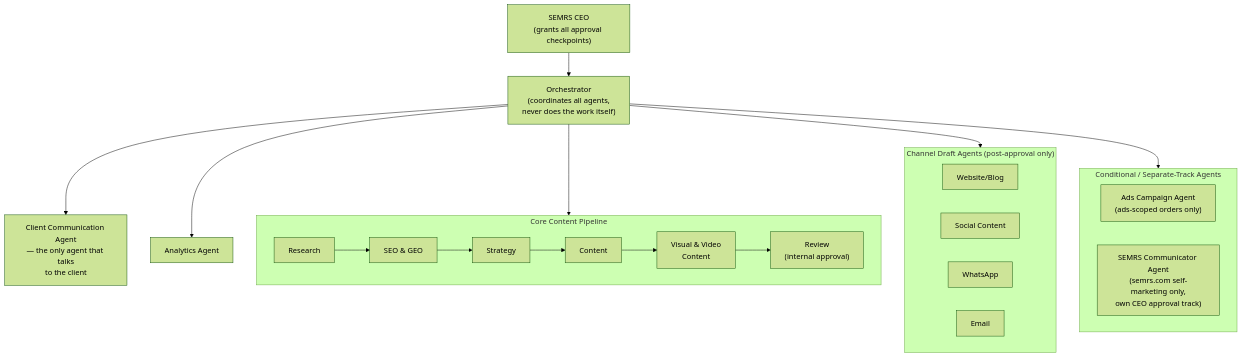
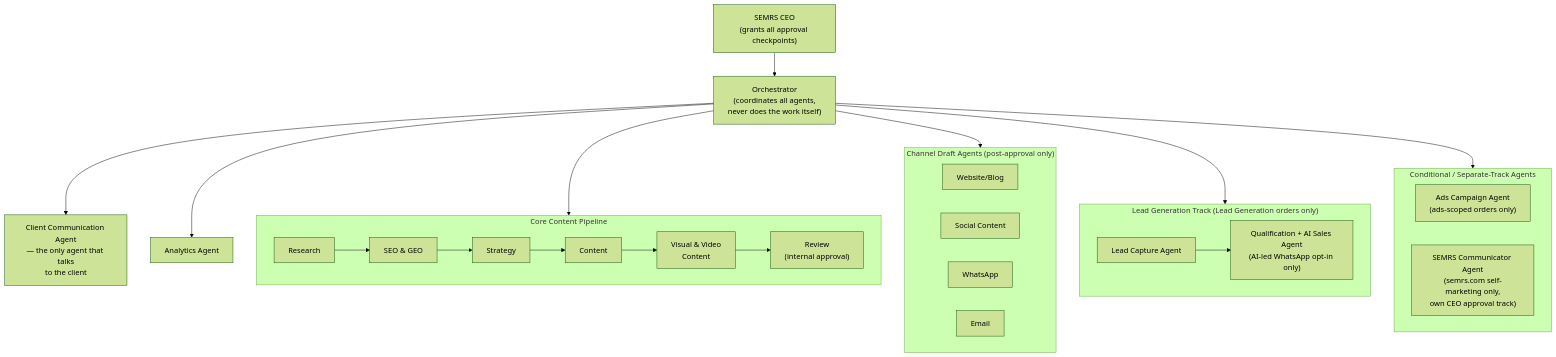
One commit to guestblogob-boop/SEMRS-MAM-System changed the first of 3 diagrams in CLAUDE.md. Above: the diagram before and after it, drawn with Mermaid (forest theme). The commit also changed other lines of this file and 3 other files, not shown here.

First line of the commit message:
Update org chart, README, and changelog for Lead Generation agents

````diff
--- a/CLAUDE.md
+++ b/CLAUDE.md
@@ -668,32 +668,38 @@
 ```mermaid
 flowchart TD
     CEO["SEMRS CEO<br/>(grants all approval checkpoints)"]
     ORCH["Orchestrator<br/>(coordinates all agents,<br/>never does the work itself)"]
     CEO --> ORCH
 
     ORCH --> CC["Client Communication Agent<br/>— the only agent that talks<br/>to the client"]
 
     subgraph PIPE["Core Content Pipeline"]
         direction LR
         RES["Research"] --> SEOG["SEO & GEO"] --> STRAT["Strategy"] --> CONT["Content"] --> VIS["Visual & Video<br/>Content"] --> REV["Review<br/>(internal approval)"]
     end
     ORCH --> PIPE
 
     subgraph DRAFT["Channel Draft Agents (post-approval only)"]
         direction LR
         WEB["Website/Blog"]
         SOC["Social Content"]
         WA["WhatsApp"]
         EM["Email"]
     end
     ORCH --> DRAFT
 
     ORCH --> AN["Analytics Agent"]
 
+    subgraph LEADGEN["Lead Generation Track (Lead Generation orders only)"]
+        direction LR
+        LC["Lead Capture Agent"] --> QS["Qualification + AI Sales Agent<br/>(AI-led WhatsApp opt-in only)"]
+    end
+    ORCH --> LEADGEN
+
     subgraph COND["Conditional / Separate-Track Agents"]
         direction LR
         ADS["Ads Campaign Agent<br/>(ads-scoped orders only)"]
         SC["SEMRS Communicator Agent<br/>(semrs.com self-marketing only,<br/>own CEO approval track)"]
     end
     ORCH --> COND
 ```
````
